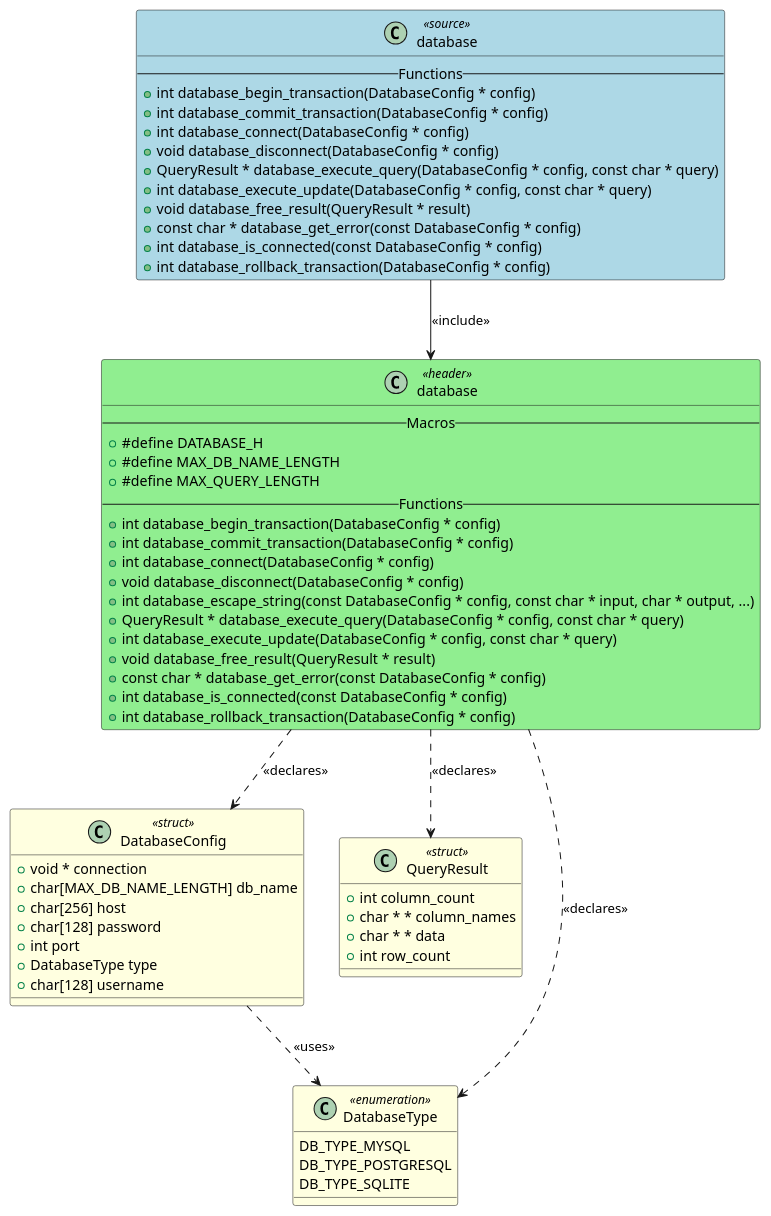
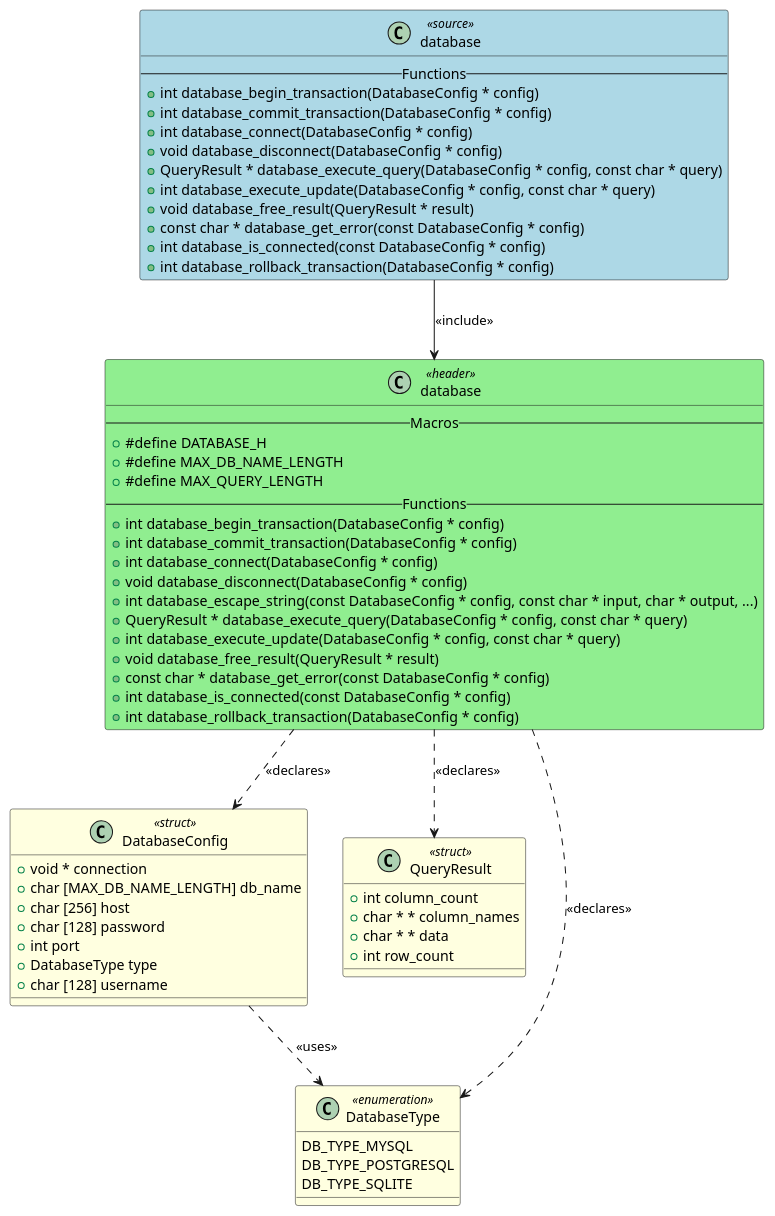
One commit to fischerjooo/c2puml changed the diagram in artifacts/output_example/database.puml. Above: the diagram before and after it, drawn with PlantUML. The commit also changed 26 other files, not shown here.

```diff
--- a/artifacts/output_example/database.puml
+++ b/artifacts/output_example/database.puml
@@ -1,76 +1,76 @@
 @startuml database
 
 class "database" as DATABASE <<source>> #LightBlue
 {
     -- Functions --
     + int database_begin_transaction(DatabaseConfig * config)
     + int database_commit_transaction(DatabaseConfig * config)
     + int database_connect(DatabaseConfig * config)
     + void database_disconnect(DatabaseConfig * config)
     + QueryResult * database_execute_query(DatabaseConfig * config, const char * query)
     + int database_execute_update(DatabaseConfig * config, const char * query)
     + void database_free_result(QueryResult * result)
     + const char * database_get_error(const DatabaseConfig * config)
     + int database_is_connected(const DatabaseConfig * config)
     + int database_rollback_transaction(DatabaseConfig * config)
 }
 
 class "database" as HEADER_DATABASE <<header>> #LightGreen
 {
     -- Macros --
     + #define DATABASE_H
     + #define MAX_DB_NAME_LENGTH
     + #define MAX_QUERY_LENGTH
     -- Functions --
     + int database_begin_transaction(DatabaseConfig * config)
     + int database_commit_transaction(DatabaseConfig * config)
     + int database_connect(DatabaseConfig * config)
     + void database_disconnect(DatabaseConfig * config)
     + int database_escape_string(const DatabaseConfig * config, const char * input, char * output, ...)
     + QueryResult * database_execute_query(DatabaseConfig * config, const char * query)
     + int database_execute_update(DatabaseConfig * config, const char * query)
     + void database_free_result(QueryResult * result)
     + const char * database_get_error(const DatabaseConfig * config)
     + int database_is_connected(const DatabaseConfig * config)
     + int database_rollback_transaction(DatabaseConfig * config)
 }
 
 class "DatabaseConfig" as TYPEDEF_DATABASECONFIG <<struct>> #LightYellow
 {
     + void * connection
-    + char[MAX_DB_NAME_LENGTH] db_name
-    + char[256] host
-    + char[128] password
+    + char [MAX_DB_NAME_LENGTH] db_name
+    + char [256] host
+    + char [128] password
     + int port
     + DatabaseType type
-    + char[128] username
+    + char [128] username
 }
 
 class "QueryResult" as TYPEDEF_QUERYRESULT <<struct>> #LightYellow
 {
     + int column_count
     + char * * column_names
     + char * * data
     + int row_count
 }
 
 class "DatabaseType" as TYPEDEF_DATABASETYPE <<enumeration>> #LightYellow
 {
     DB_TYPE_MYSQL
     DB_TYPE_POSTGRESQL
     DB_TYPE_SQLITE
 }
 
 
 ' Include relationships
 DATABASE --> HEADER_DATABASE : <<include>>
 
 ' Declaration relationships
 HEADER_DATABASE ..> TYPEDEF_DATABASECONFIG : <<declares>>
 HEADER_DATABASE ..> TYPEDEF_QUERYRESULT : <<declares>>
 HEADER_DATABASE ..> TYPEDEF_DATABASETYPE : <<declares>>
 
 ' Uses relationships
 TYPEDEF_DATABASECONFIG ..> TYPEDEF_DATABASETYPE : <<uses>>
 
 @enduml
```
